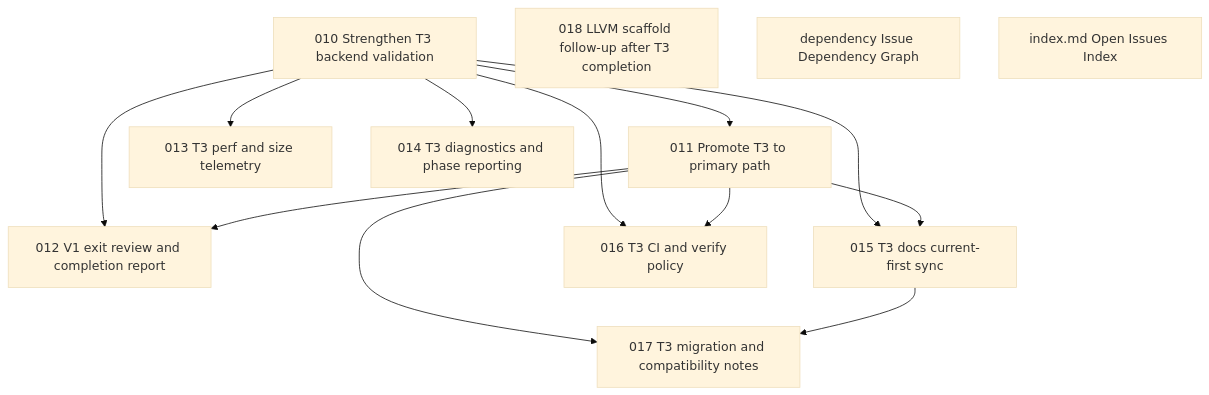
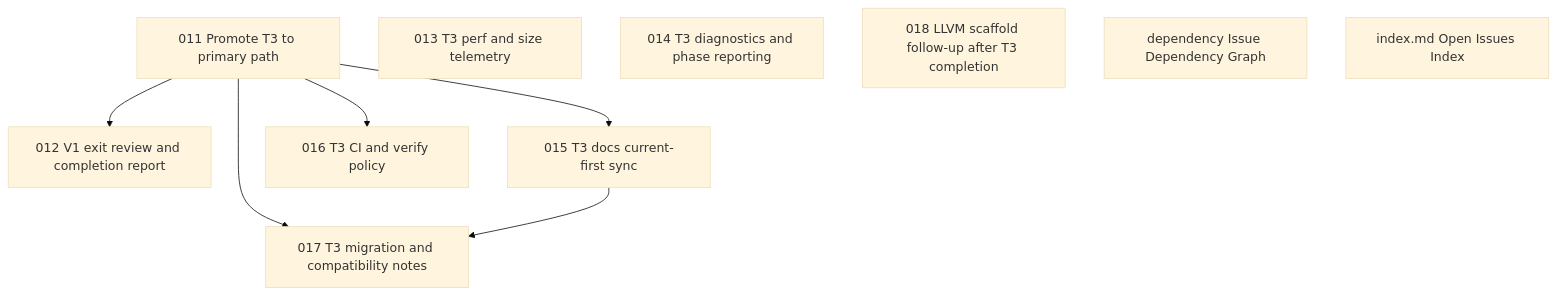
The diagram in issues/open/dependency-graph.md (wogikaze/arukellt), drawn with Mermaid (base theme) before and after one commit. The commit also changed other lines of this file and 3 other files, not shown here.

First line of the commit message:
010: Strengthen T3 backend validation — document W0004 gate

````diff
--- a/issues/open/dependency-graph.md
+++ b/issues/open/dependency-graph.md
@@ -7,25 +7,18 @@
 ```mermaid
 graph TD
-  I010["010 Strengthen T3 backend validation"]
+  I011["011 Promote T3 to primary path"]
+  I013["013 T3 perf and size telemetry"]
+  I014["014 T3 diagnostics and phase reporting"]
   I018["018 LLVM scaffold follow-up after T3 completion"]
   Idependency["dependency Issue Dependency Graph"]
   Iindex.md["index.md Open Issues Index"]
-  I011["011 Promote T3 to primary path"]
-  I013["013 T3 perf and size telemetry"]
-  I014["014 T3 diagnostics and phase reporting"]
   I012["012 V1 exit review and completion report"]
   I015["015 T3 docs current-first sync"]
   I016["016 T3 CI and verify policy"]
   I017["017 T3 migration and compatibility notes"]
-  I010 --> I011
-  I010 --> I013
-  I010 --> I014
-  I010 --> I012
   I011 --> I012
-  I010 --> I015
   I011 --> I015
-  I010 --> I016
   I011 --> I016
   I011 --> I017
   I015 --> I017
 ```
````
